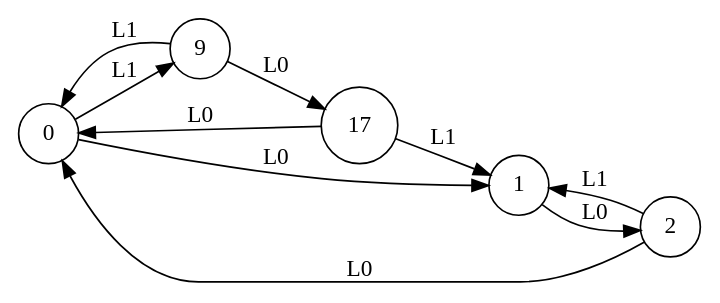
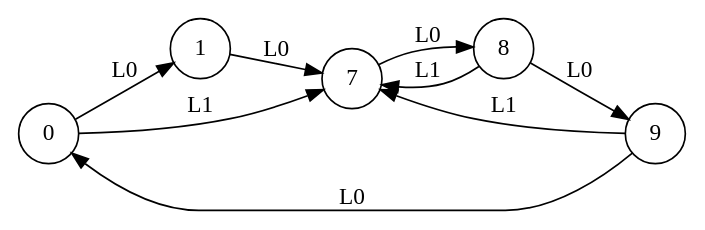
The diagram in learning_E0/learnt-automaton_5_2_2_0~5.dot (k85-ai/KB1), drawn with Graphviz before and after one commit. The commit also changed 403 other files, not shown here.

Commit message:
rerun basic edsm model and upload figure

```diff
--- a/learning_E0/learnt-automaton_5_2_2_0~5.dot
+++ b/learning_E0/learnt-automaton_5_2_2_0~5.dot
@@ -1,17 +1,16 @@
 digraph learntMachine {
   rankdir=LR;
   0 [shape=circle, label="0"];
   1 [shape=circle, label="1"];
-  2 [shape=circle, label="2"];
+  7 [shape=circle, label="7"];
+  8 [shape=circle, label="8"];
   9 [shape=circle, label="9"];
-  17 [shape=circle, label="17"];
   0 -> 1 [label="L0"];
-  1 -> 2 [label="L0"];
-  2 -> 1 [label="L1"];
-  0 -> 9 [label="L1"];
-  9 -> 0 [label="L1"];
-  9 -> 17 [label="L0"];
-  17 -> 0 [label="L0"];
-  2 -> 0 [label="L0"];
-  17 -> 1 [label="L1"];
+  1 -> 7 [label="L0"];
+  0 -> 7 [label="L1"];
+  7 -> 8 [label="L0"];
+  8 -> 9 [label="L0"];
+  9 -> 7 [label="L1"];
+  9 -> 0 [label="L0"];
+  8 -> 7 [label="L1"];
 }
```
